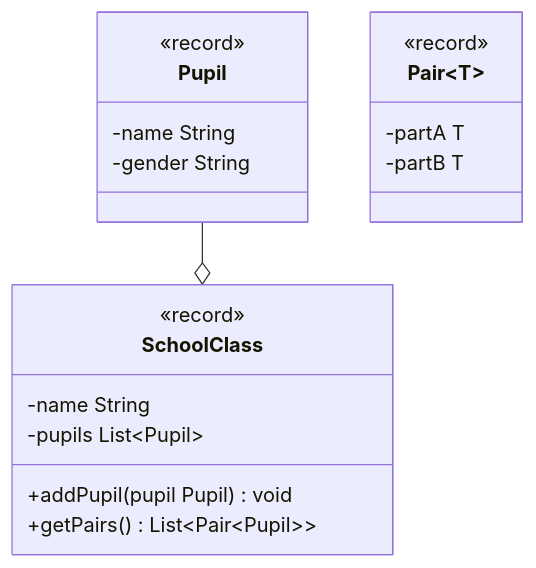
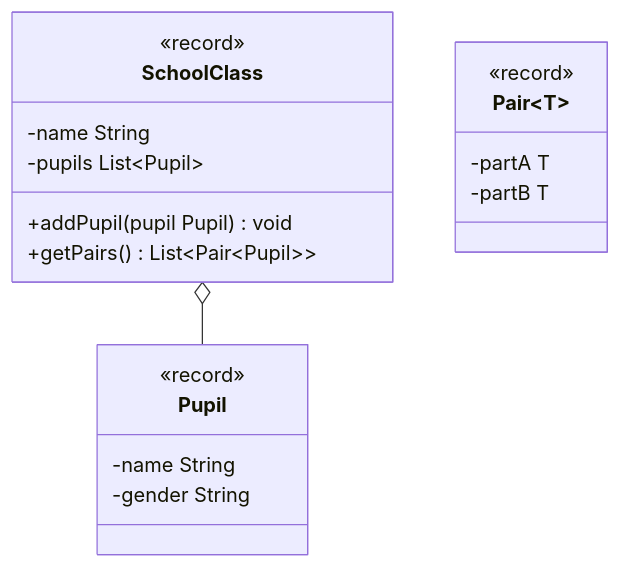
One commit to jappuccini/java-docs changed the diagram in docs/exercises/generics/generics03.md. Above: the diagram before and after it, drawn with Mermaid.

````diff
--- a/docs/exercises/generics/generics03.md
+++ b/docs/exercises/generics/generics03.md
@@ -12,24 +12,24 @@
 ```mermaid
 classDiagram
-    Pupil --o SchoolClass
+    SchoolClass o-- Pupil
 
     class Pair~T~ {
         <<record>>
         -partA T
         -partB T
     }
 
     class SchoolClass {
         <<record>>
         -name String
         -pupils List~Pupil~
         +addPupil(pupil Pupil) void
         +getPairs() List~Pair~Pupil~~
     }
 
     class Pupil {
         <<record>>
         -name String
         -gender String
     }
 ```
````
